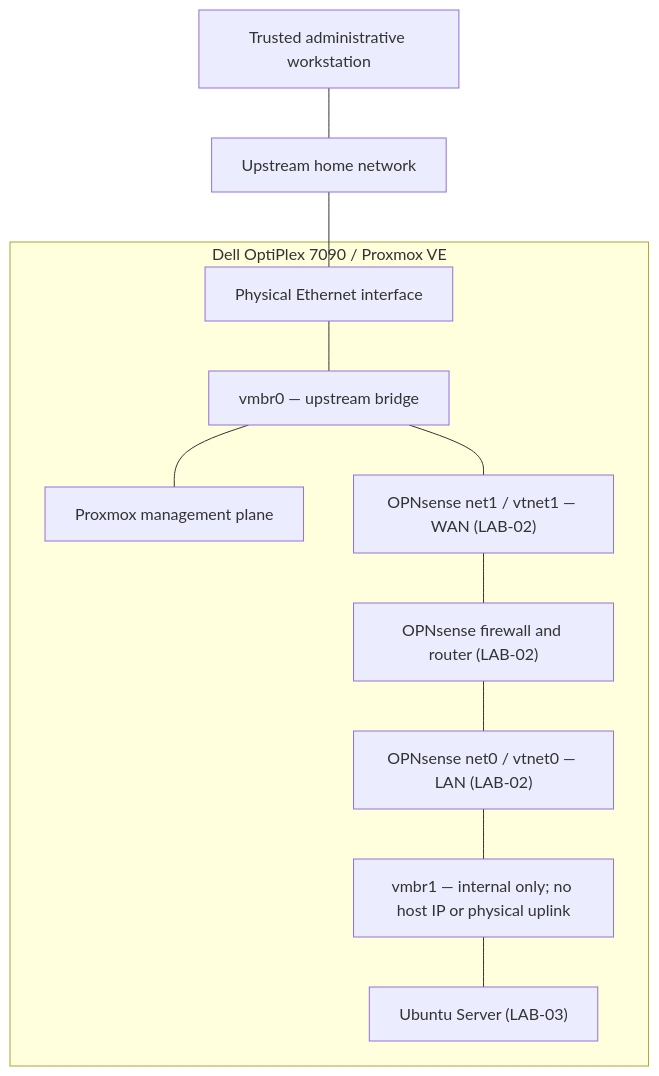
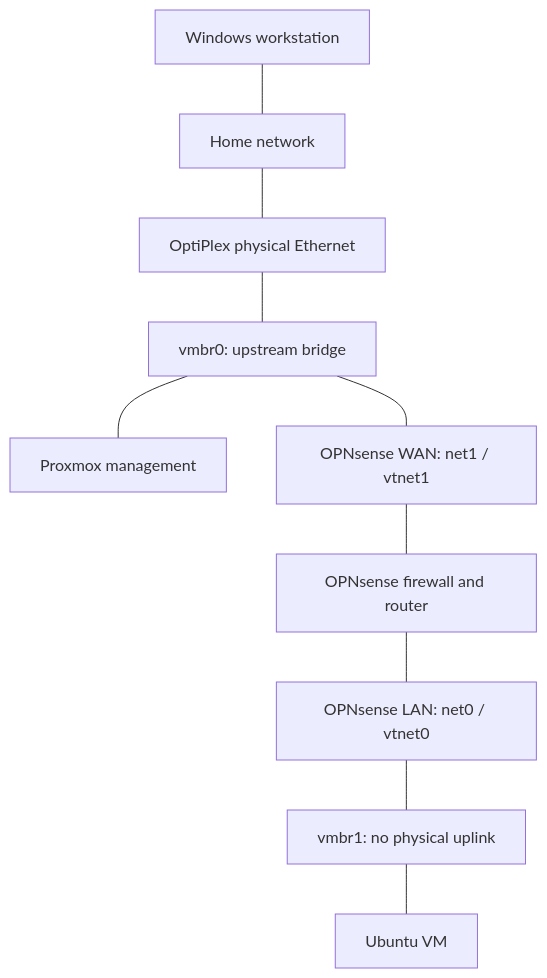
The diagram in projects/01-proxmox-foundation/README.md (dalen-green/proxmox-cybersecurity-homelab), drawn with Mermaid before and after one commit. The commit also changed other lines of this file and 10 other files, not shown here.

````diff
--- a/projects/01-proxmox-foundation/README.md
+++ b/projects/01-proxmox-foundation/README.md
@@ -56,14 +30,12 @@
 ```mermaid
 flowchart TD
-    A["Trusted administrative workstation"] --- R["Upstream home network"]
-    subgraph H["Dell OptiPlex 7090 / Proxmox VE"]
-        N["Physical Ethernet interface"] --- B0["vmbr0 — upstream bridge"]
-        B0 --- M["Proxmox management plane"]
-        B0 --- W["OPNsense net1 / vtnet1 — WAN (LAB-02)"]
-        W --- F["OPNsense firewall and router (LAB-02)"]
-        F --- L["OPNsense net0 / vtnet0 — LAN (LAB-02)"]
-        L --- B1["vmbr1 — internal only; no host IP or physical uplink"]
-        B1 --- U["Ubuntu Server (LAB-03)"]
-    end
-    R --- N
+    A["Windows workstation"] --- R["Home network"]
+    R --- N["OptiPlex physical Ethernet"]
+    N --- B0["vmbr0: upstream bridge"]
+    B0 --- P["Proxmox management"]
+    B0 --- W["OPNsense WAN: net1 / vtnet1"]
+    W --- F["OPNsense firewall and router"]
+    F --- L["OPNsense LAN: net0 / vtnet0"]
+    L --- B1["vmbr1: no physical uplink"]
+    B1 --- U["Ubuntu VM"]
 ```
````
